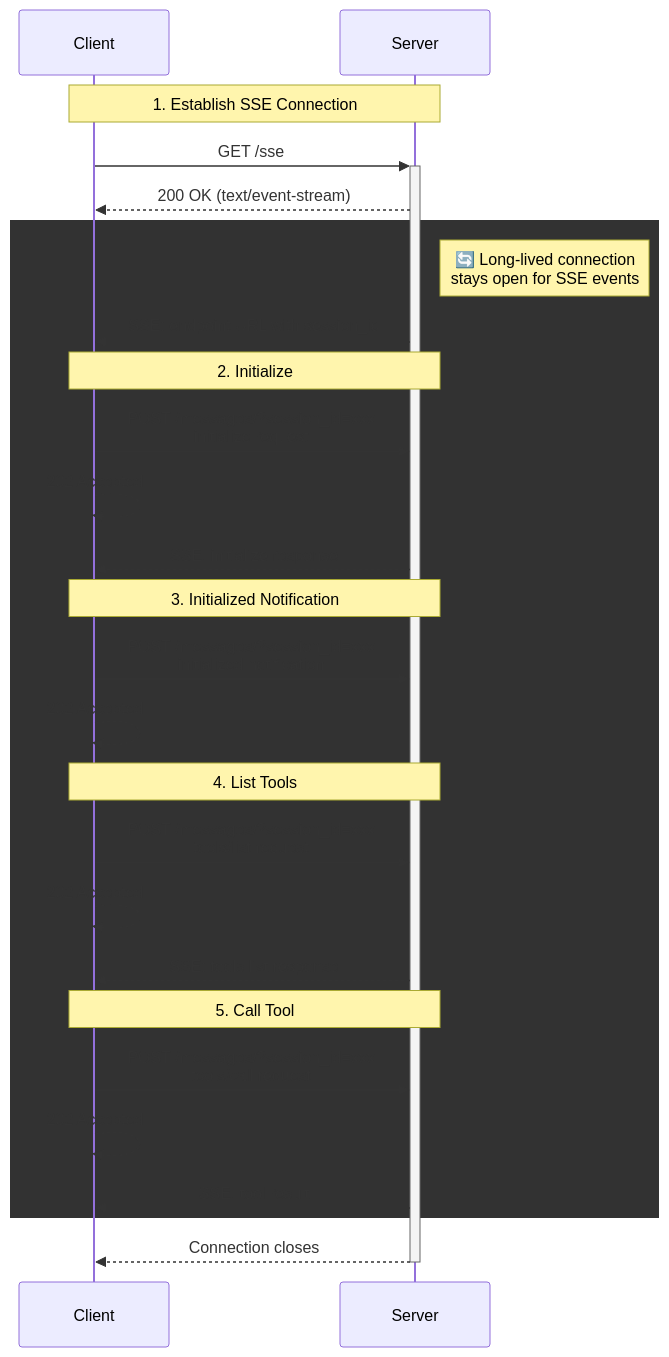
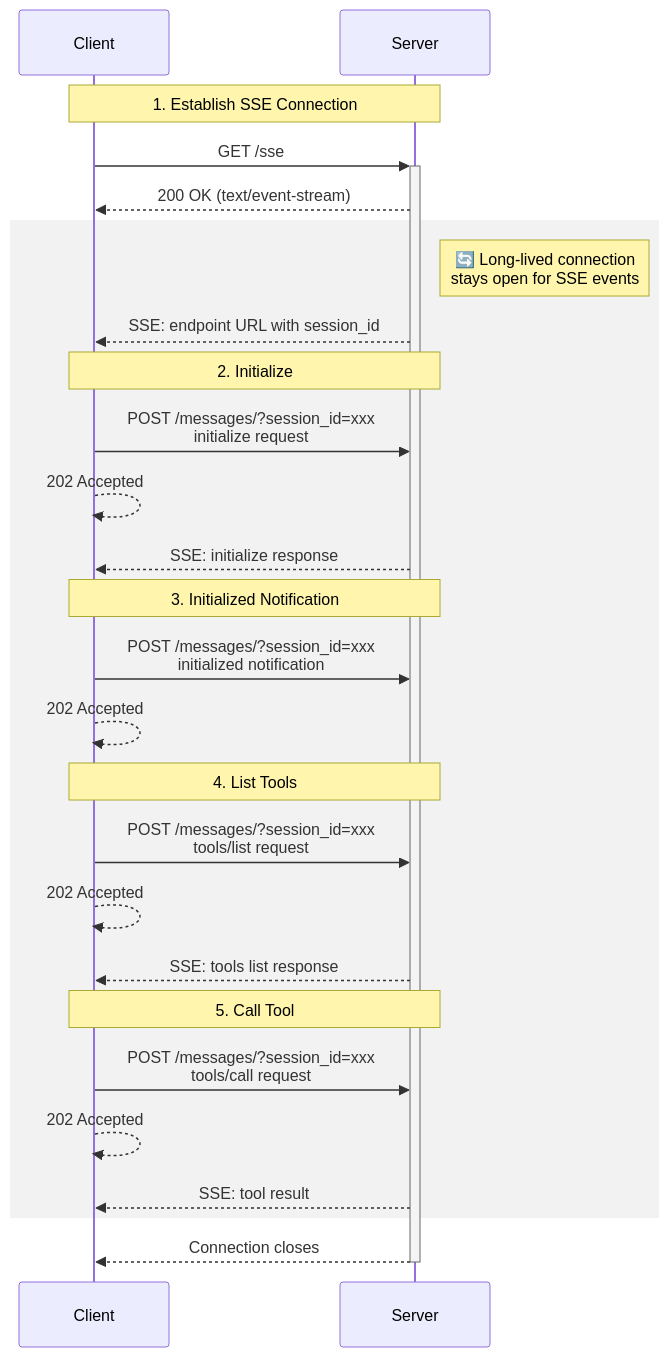
One commit to suneetnangia/mcp-configs changed the third of 3 diagrams in README.md. Above: the diagram before and after it, drawn with Mermaid. The commit also changed other lines of this file, not shown here.

Commit message:
Update mermaid diagram colors to semi-transparent gray for better theme compatibility

````diff
--- a/README.md
+++ b/README.md
@@ -697,33 +697,33 @@
 ```mermaid
 sequenceDiagram
     participant Client
     participant Server
     
     Note over Client,Server: 1. Establish SSE Connection
     Client->>+Server: GET /sse
     Server-->>Client: 200 OK (text/event-stream)
-    rect rgb(50, 50, 50)
+    rect rgba(128, 128, 128, 0.1) 
         Note right of Server: 🔄 Long-lived connection<br/>stays open for SSE events
         Server-->>Client: SSE: endpoint URL with session_id
         
         Note over Client,Server: 2. Initialize
         Client->>Server: POST /messages/?session_id=xxx<br/>initialize request
         Client-->>Client: 202 Accepted
         Server-->>Client: SSE: initialize response
         
         Note over Client,Server: 3. Initialized Notification
         Client->>Server: POST /messages/?session_id=xxx<br/>initialized notification
         Client-->>Client: 202 Accepted
         
         Note over Client,Server: 4. List Tools
         Client->>Server: POST /messages/?session_id=xxx<br/>tools/list request
         Client-->>Client: 202 Accepted
         Server-->>Client: SSE: tools list response
         
         Note over Client,Server: 5. Call Tool
         Client->>Server: POST /messages/?session_id=xxx<br/>tools/call request
         Client-->>Client: 202 Accepted
         Server-->>Client: SSE: tool result
     end
     Server-->>-Client: Connection closes
 ```
````
